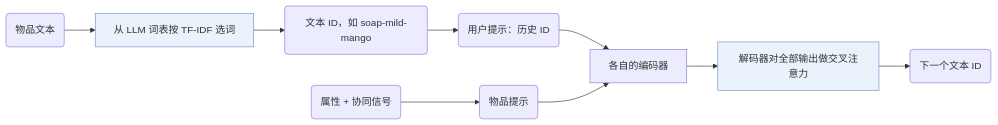
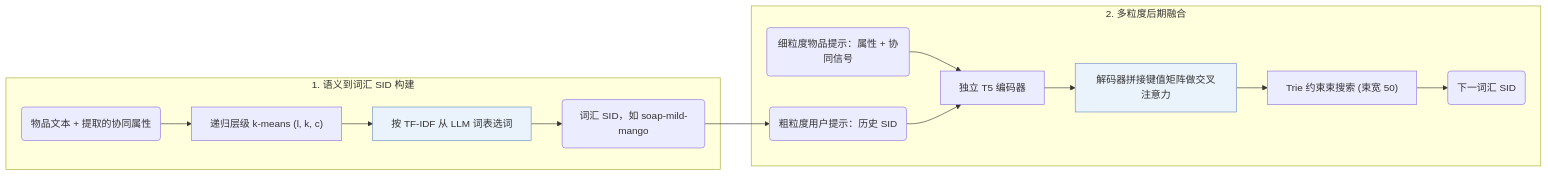
The diagram in notes/zh/gram.md (Galaxy-ghost/Awesome-SID-Generative-Rec), drawn with Mermaid before and after one commit. The commit also changed other lines of this file and 649 other files, not shown here.

Commit message:
writer-05: also tags and modality index (schema, check, build, visuals); summary field removed; calibration data for 12 papers

````diff
--- a/notes/zh/gram.md
+++ b/notes/zh/gram.md
@@ -14,12 +14,17 @@
 ```mermaid
 flowchart LR
-    A("物品文本") --> B["从 LLM 词表按 TF-IDF 选词"]:::key
-    B --> C("文本 ID，如 soap-mild-mango")
-    C --> D("用户提示：历史 ID")
-    E("属性 + 协同信号") --> F("物品提示")
-    D --> G["各自的编码器"]
-    F --> G
-    G --> I["解码器对全部输出做交叉注意力"]:::key
-    I --> J("下一个文本 ID")
+    subgraph Tok["1. 语义到词汇 SID 构建"]
+        A("物品文本 + 提取的协同属性") --> B["递归层级 k-means (l, k, c)"]
+        B --> C["按 TF-IDF 从 LLM 词表选词"]:::key
+        C --> D("词汇 SID，如 soap-mild-mango")
+    end
+    subgraph Gen["2. 多粒度后期融合"]
+        D --> E("粗粒度用户提示：历史 SID")
+        F("细粒度物品提示：属性 + 协同信号") --> H["独立 T5 编码器"]
+        E --> H
+        H --> I["解码器拼接键值矩阵做交叉注意力"]:::key
+        I --> J["Trie 约束束搜索 (束宽 50)"]
+        J --> K("下一词汇 SID")
+    end
     classDef key fill:#eaf2fb,stroke:#6b8fc7
 ```
````
